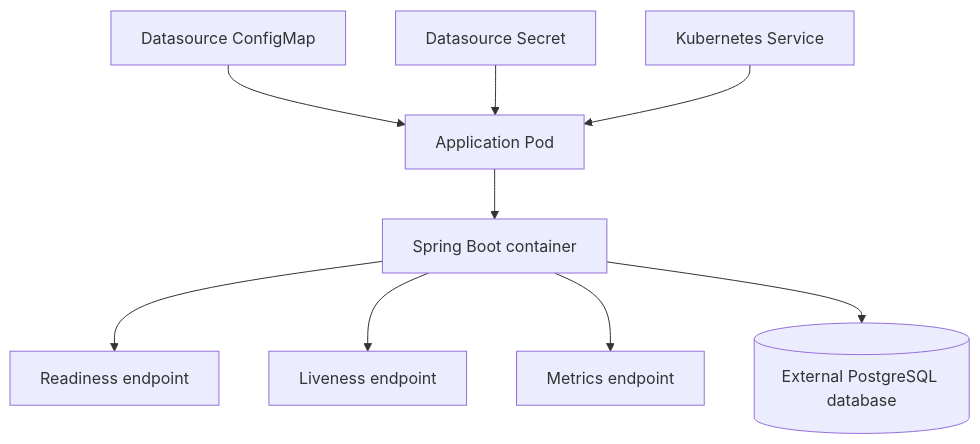
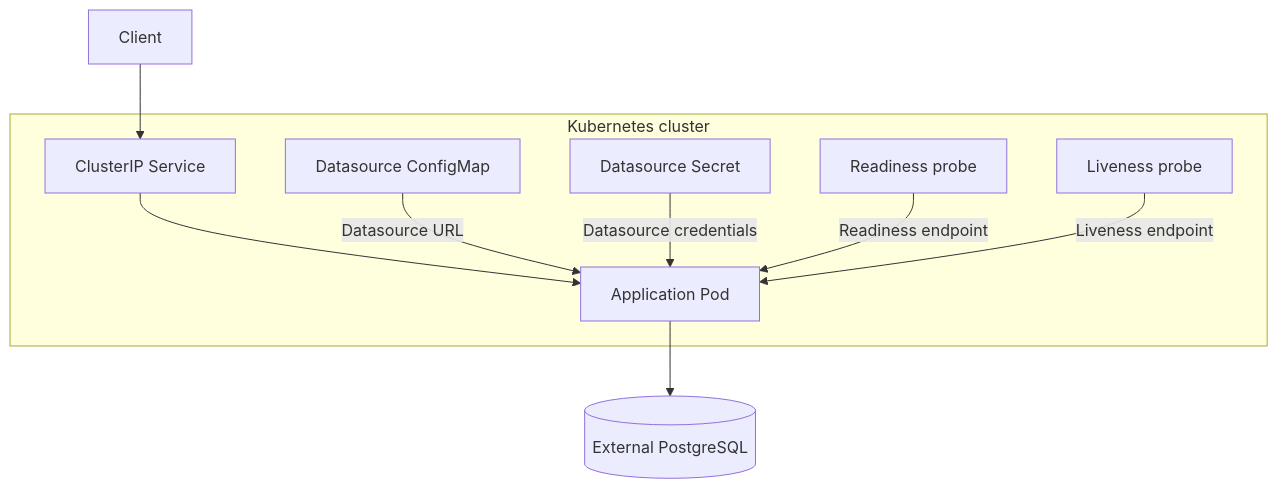
The fifth of 9 diagrams in docs/architecture.md (istvandezsi/java-cloud-platform-lab), drawn with Mermaid before and after one commit. The commit also changed other lines of this file and 2 other files, not shown here.

Commit message:
Add final architecture and operations documentation

````diff
--- a/docs/architecture.md
+++ b/docs/architecture.md
@@ -104,11 +181,26 @@
 ```mermaid
 flowchart TD
-    ConfigMap[Datasource ConfigMap] --> Pod[Application Pod]
-    Secret[Datasource Secret] --> Pod
-    Service[Kubernetes Service] --> Pod
-    Pod --> Container[Spring Boot container]
-    Container --> Readiness[Readiness endpoint]
-    Container --> Liveness[Liveness endpoint]
-    Container --> Metrics[Metrics endpoint]
-    Container --> ExternalDatabase[(External PostgreSQL database)]
+    Client[Client]
+
+    subgraph Cluster[Kubernetes cluster]
+        Service[ClusterIP Service]
+        Pod[Application Pod]
+        ConfigMap[Datasource ConfigMap]
+        Secret[Datasource Secret]
+        Readiness[Readiness probe]
+        Liveness[Liveness probe]
+    end
+
+    Database[(External PostgreSQL)]
+
+    Client --> Service
+    Service --> Pod
+
+    ConfigMap -->|Datasource URL| Pod
+    Secret -->|Datasource credentials| Pod
+
+    Readiness -->|Readiness endpoint| Pod
+    Liveness -->|Liveness endpoint| Pod
+
+    Pod --> Database
 ```
````
